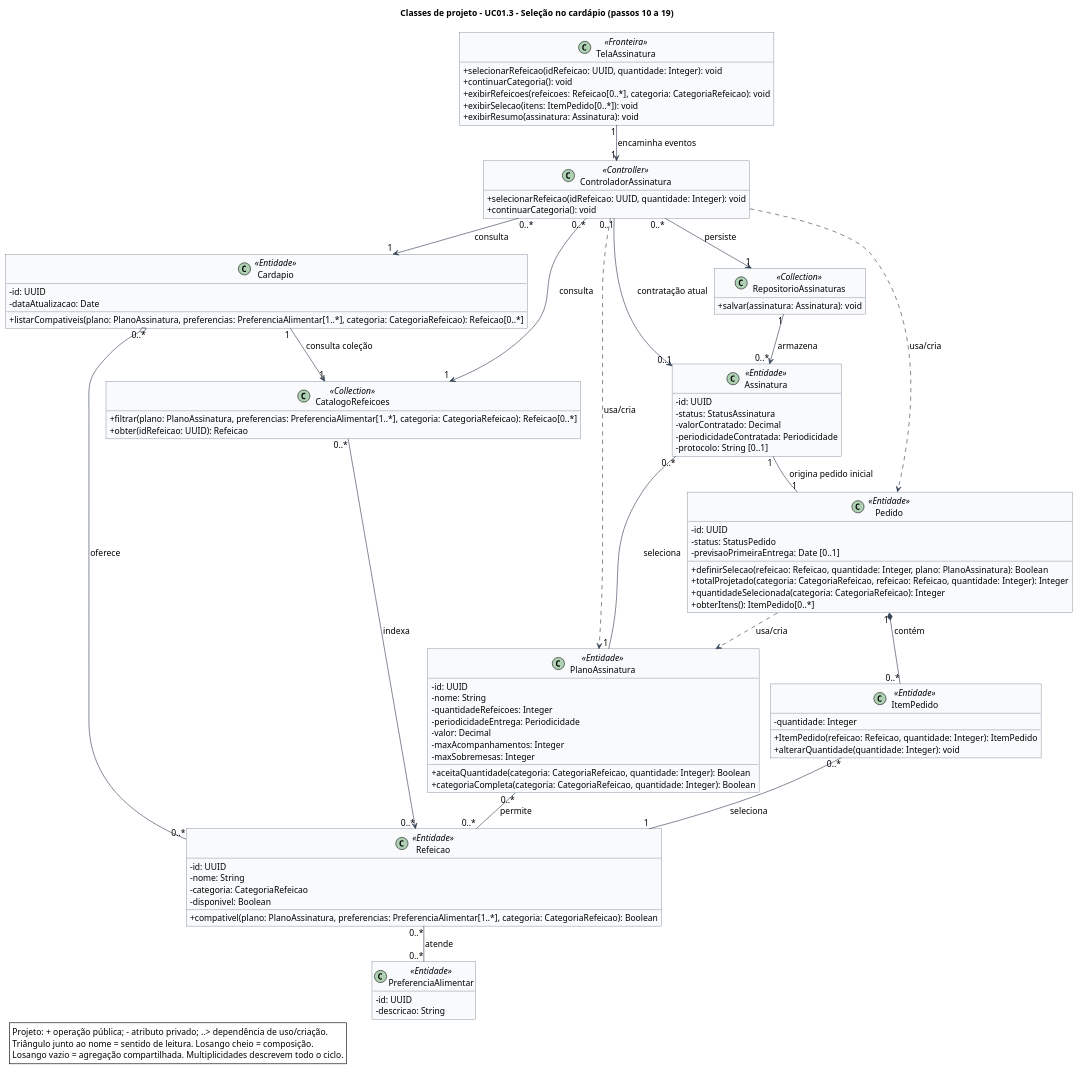
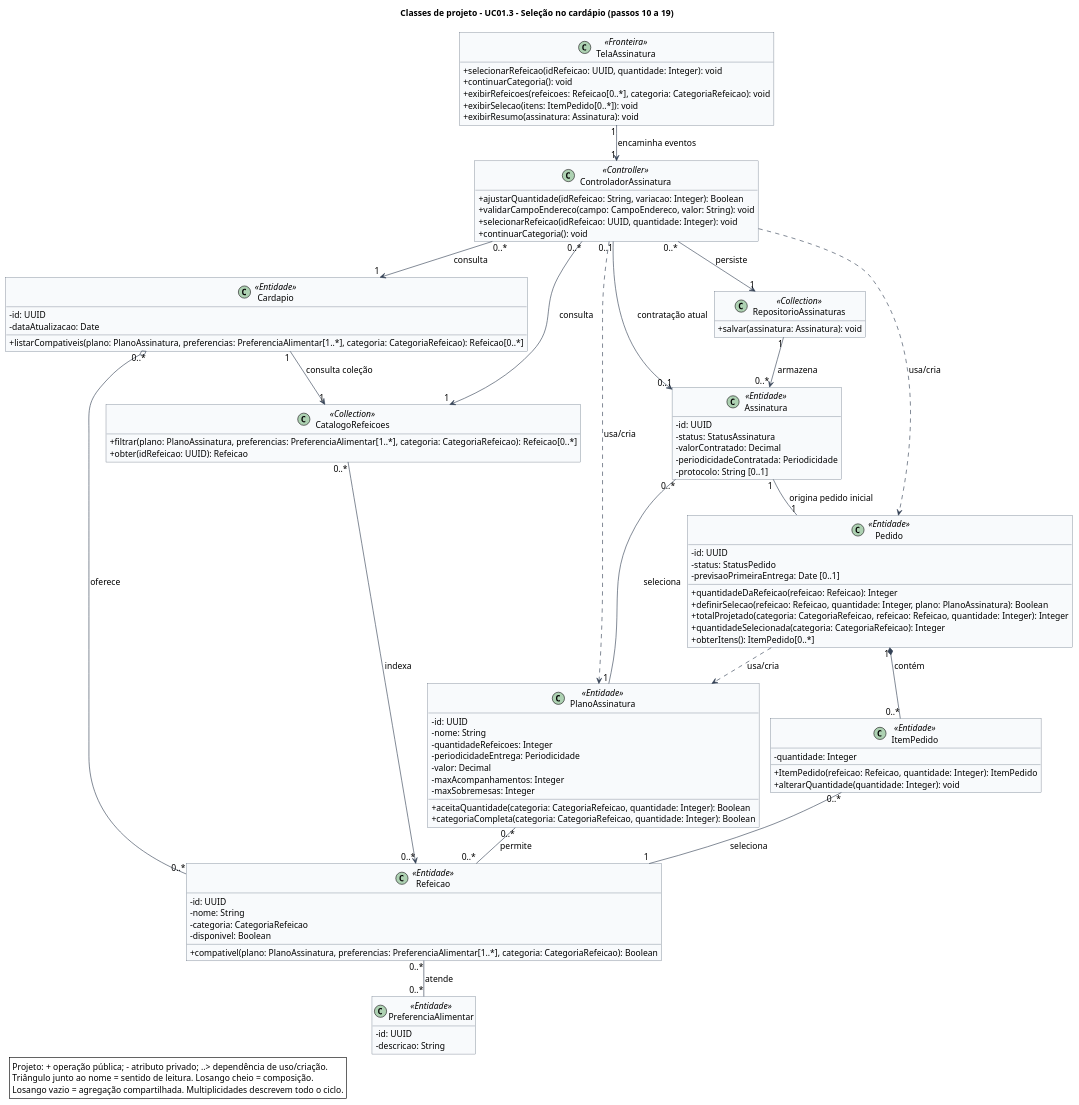
Diagram 11 of 19 in entrega4/docs/uml/Modelos.md (Felipevhonorato/ProjSoft-Entrega1---Prot-tipo-Sequencia-de-telas-e-Lista-de-classes-candidatas-Identificadas), drawn with PlantUML before and after one commit. The commit also changed other lines of this file, not shown here.

Commit message:
Sincroniza as fontes UML dos refinamentos de seleção e endereço

```diff
--- a/entrega4/docs/uml/Modelos.md
+++ b/entrega4/docs/uml/Modelos.md
@@ -850,6 +857,7 @@
 +compativel(plano: PlanoAssinatura, preferencias: PreferenciaAlimentar[1..*], categoria: CategoriaRefeicao): Boolean
 }
 class Pedido <<Entidade>> {
++quantidadeDaRefeicao(refeicao: Refeicao): Integer
 -id: UUID
 -status: StatusPedido
 -previsaoPrimeiraEntrega: Date [0..1]
@@ -871,6 +879,8 @@
 +exibirResumo(assinatura: Assinatura): void
 }
 class ControladorAssinatura <<Controller>> {
++ajustarQuantidade(idRefeicao: String, variacao: Integer): Boolean
++validarCampoEndereco(campo: CampoEndereco, valor: String): void
 +selecionarRefeicao(idRefeicao: UUID, quantidade: Integer): void
 +continuarCategoria(): void
 }
```
